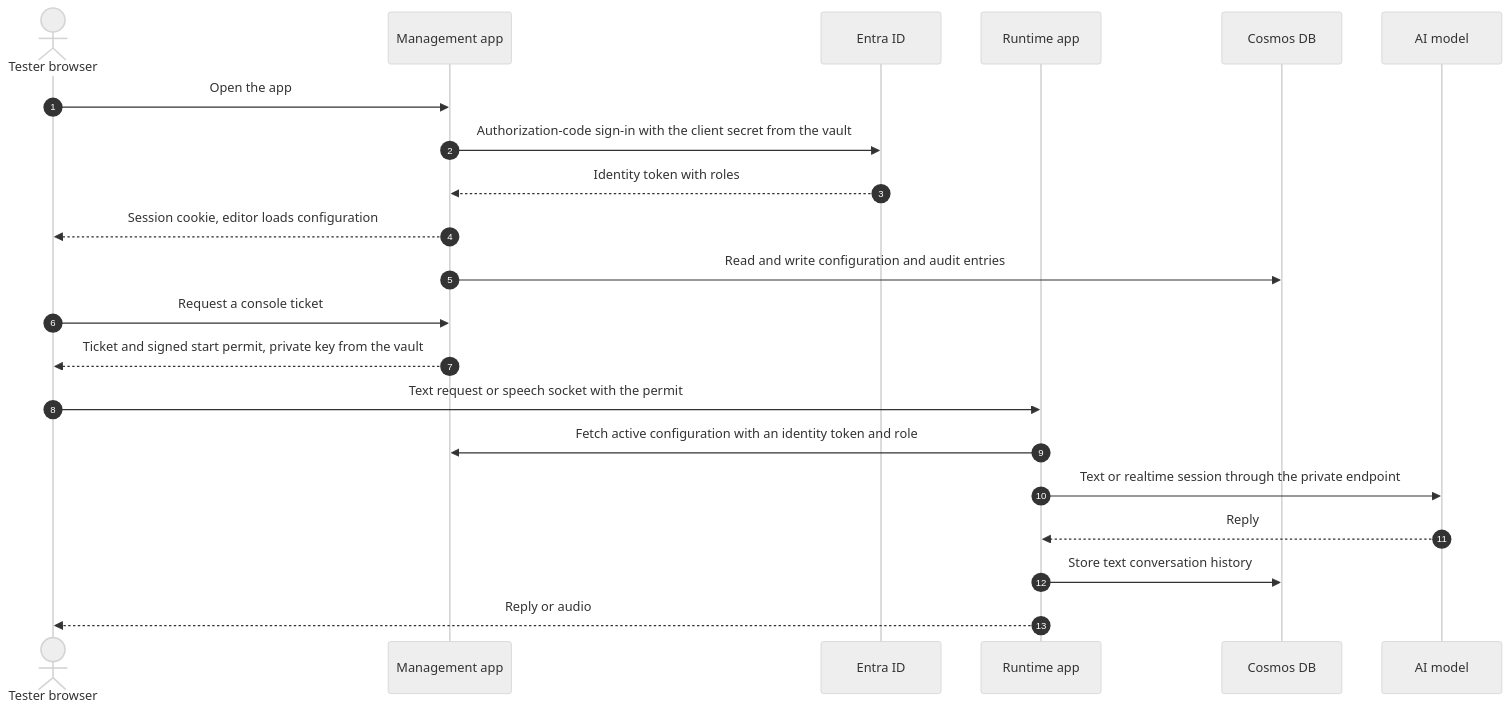
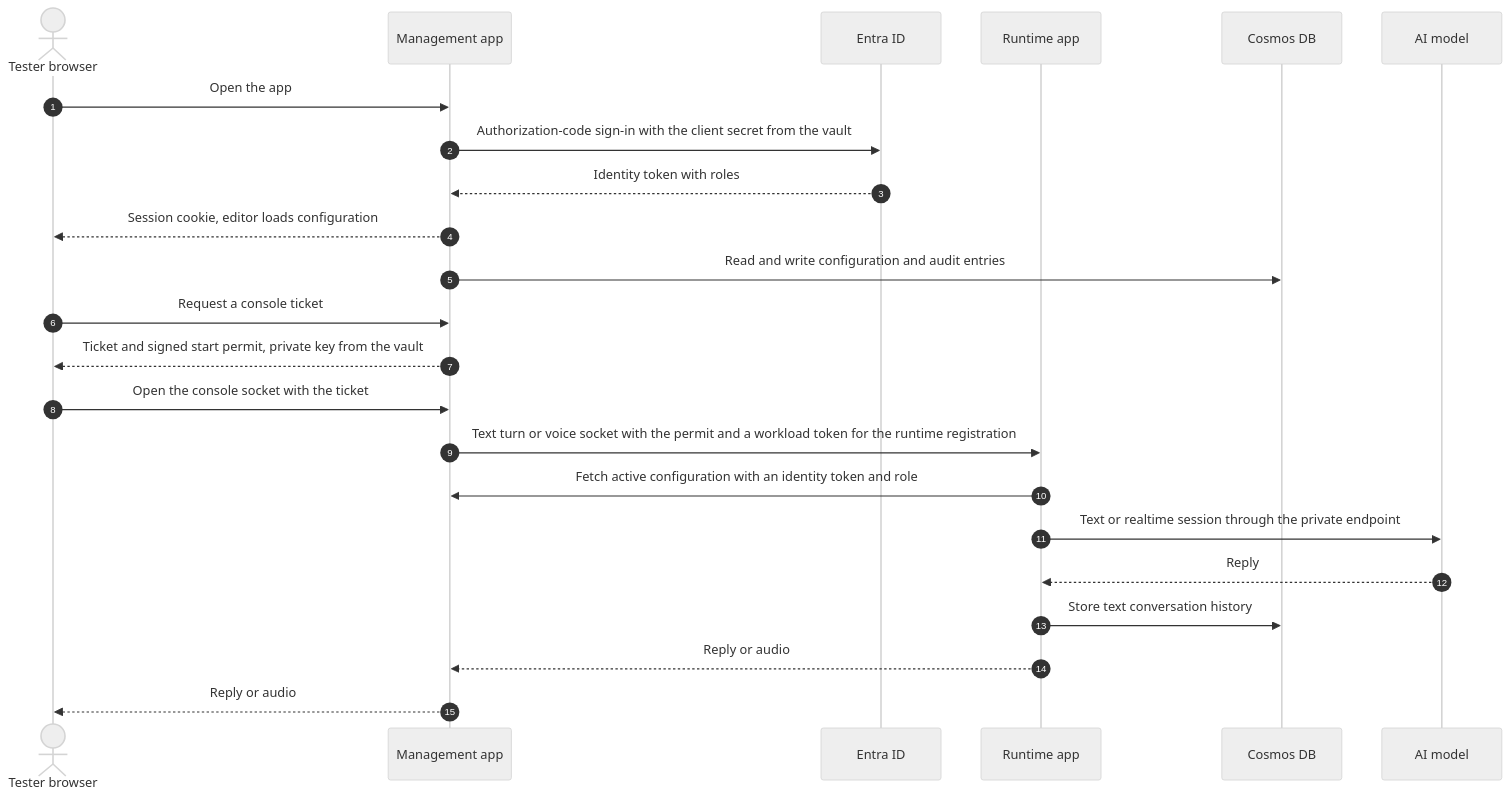
The third of 3 diagrams in docs/environments.md (marvinbuss/caller-ai), drawn with Mermaid (neutral theme) before and after one commit. The commit also changed other lines of this file and 6 other files, not shown here.

````diff
--- a/docs/environments.md
+++ b/docs/environments.md
@@ -113,24 +114,26 @@
 ```mermaid
 sequenceDiagram
     autonumber
     actor T as Tester browser
     participant M as Management app
     participant E as Entra ID
     participant R as Runtime app
     participant C as Cosmos DB
     participant AI as AI model
 
     T->>M: Open the app
     M->>E: Authorization-code sign-in with the client secret from the vault
     E-->>M: Identity token with roles
     M-->>T: Session cookie, editor loads configuration
     M->>C: Read and write configuration and audit entries
     T->>M: Request a console ticket
     M-->>T: Ticket and signed start permit, private key from the vault
-    T->>R: Text request or speech socket with the permit
+    T->>M: Open the console socket with the ticket
+    M->>R: Text turn or voice socket with the permit and a workload token for the runtime registration
     R->>M: Fetch active configuration with an identity token and role
     R->>AI: Text or realtime session through the private endpoint
     AI-->>R: Reply
     R->>C: Store text conversation history
-    R-->>T: Reply or audio
+    R-->>M: Reply or audio
+    M-->>T: Reply or audio
 ```
````
